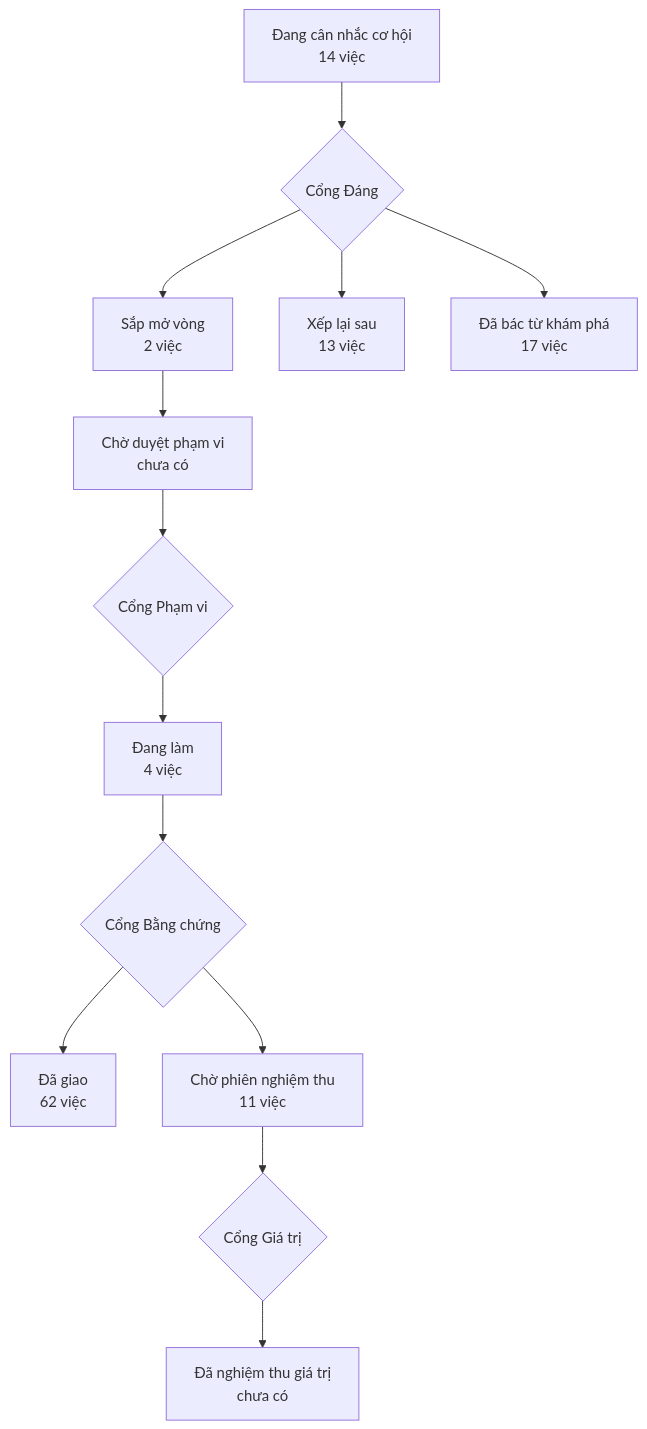
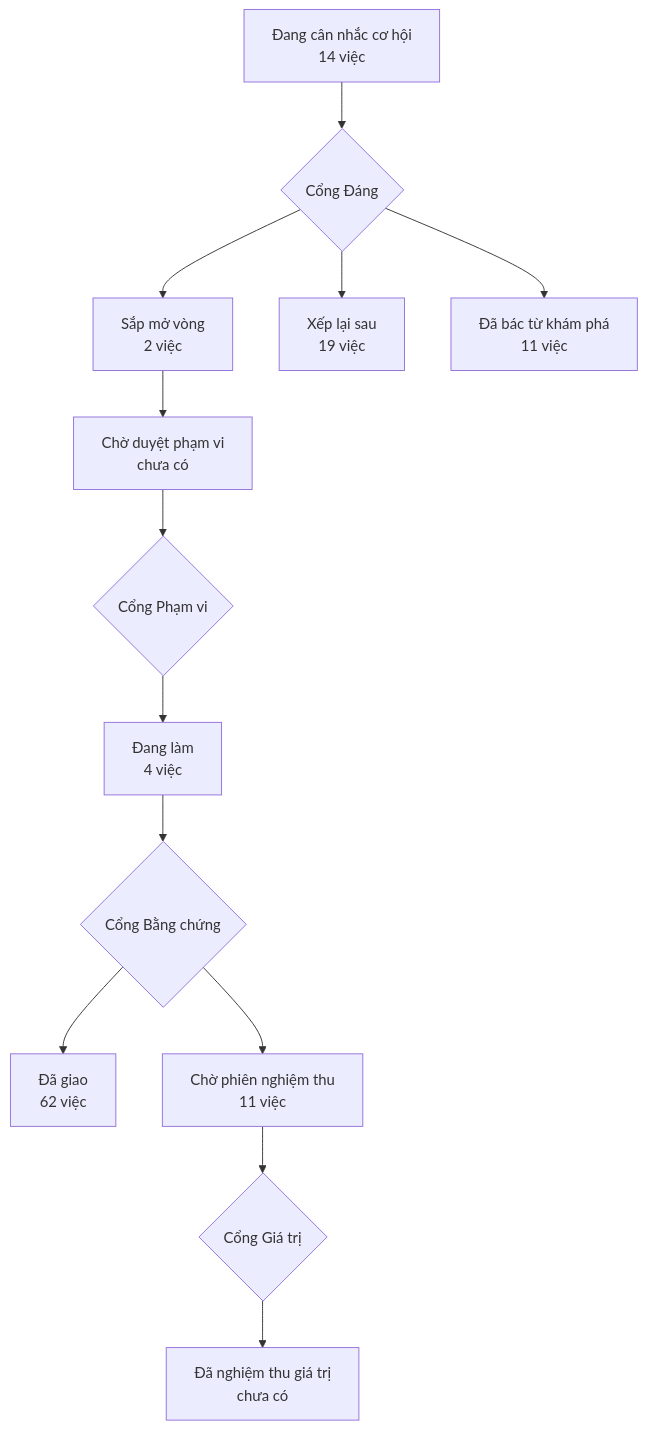
One commit to phanlemanh/acceptance-gate-kit changed the diagram in PRODUCT-MAP.md. Above: the diagram before and after it, drawn with Mermaid. The commit also changed other lines of this file and 14 other files, not shown here.

````diff
--- a/PRODUCT-MAP.md
+++ b/PRODUCT-MAP.md
@@ -6,12 +6,12 @@
 ```mermaid
 flowchart TD
   A["Đang cân nhắc cơ hội<br/>14 việc"] --> GD{"Cổng Đáng"}
   GD --> B["Sắp mở vòng<br/>2 việc"]
-  GD --> XL["Xếp lại sau<br/>13 việc"]
-  GD --> DB["Đã bác từ khám phá<br/>17 việc"]
+  GD --> XL["Xếp lại sau<br/>19 việc"]
+  GD --> DB["Đã bác từ khám phá<br/>11 việc"]
   B --> CD["Chờ duyệt phạm vi<br/>chưa có"] --> GP{"Cổng Phạm vi"}
   GP --> DL["Đang làm<br/>4 việc"] --> GB{"Cổng Bằng chứng"}
   GB --> DG["Đã giao<br/>62 việc"]
   GB --> CN["Chờ phiên nghiệm thu<br/>11 việc"] --> GG{"Cổng Giá trị"}
   GG --> NT["Đã nghiệm thu giá trị<br/>chưa có"]
 ```
````
